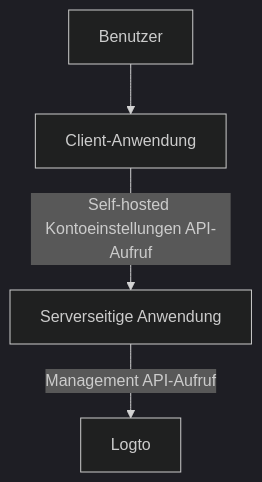
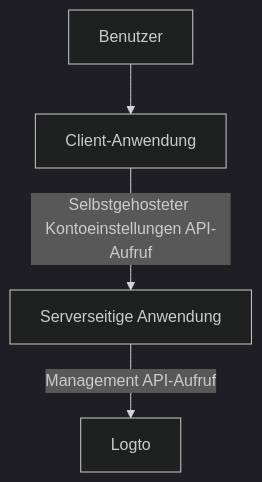
Before and after one commit to logto-io/docs: the first of 3 diagrams in i18n/de/docusaurus-plugin-content-docs/current/end-user-flows/account-settings/by-management-api.mdx, drawn with Mermaid (dark theme). The commit also changed other lines of this file and 102 other files, not shown here.

````diff
--- a/i18n/de/docusaurus-plugin-content-docs/current/end-user-flows/account-settings/by-management-api.mdx
+++ b/i18n/de/docusaurus-plugin-content-docs/current/end-user-flows/account-settings/by-management-api.mdx
@@ -13,7 +13,6 @@
 ```mermaid
   graph TB
-    A[Benutzer]
-    --> B[Client-Anwendung]
-    B -->|Self-hosted Kontoeinstellungen API-Aufruf|C[Serverseitige Anwendung]
+    A[Benutzer] --> B[Client-Anwendung]
+    B -->|Selbstgehosteter Kontoeinstellungen API-Aufruf|C[Serverseitige Anwendung]
     C -->|Management API-Aufruf| D[Logto]
 ```
````
